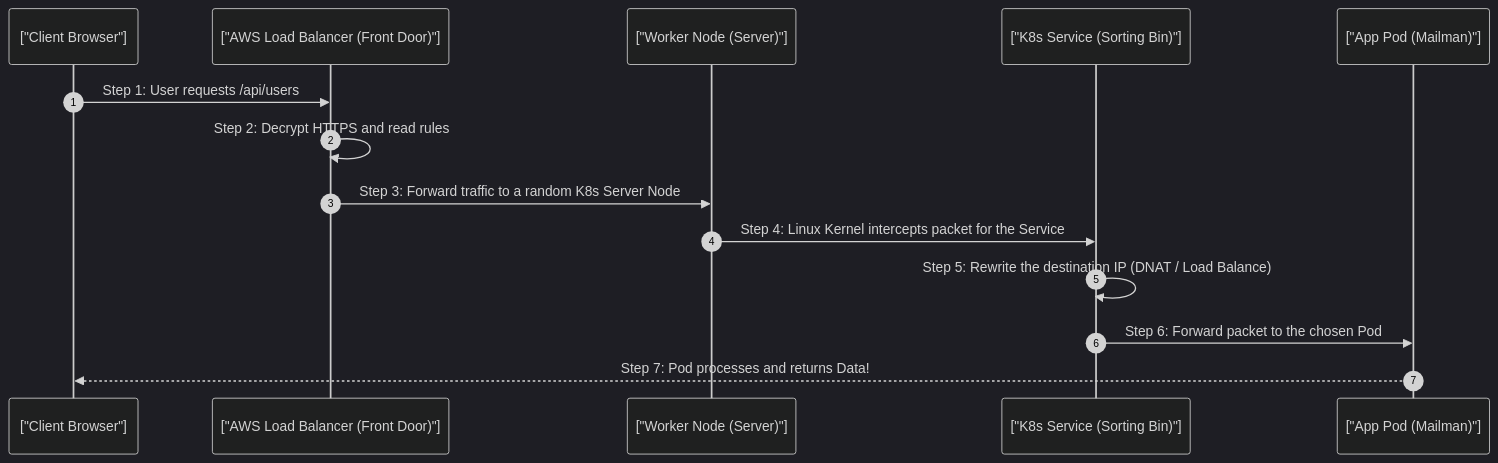
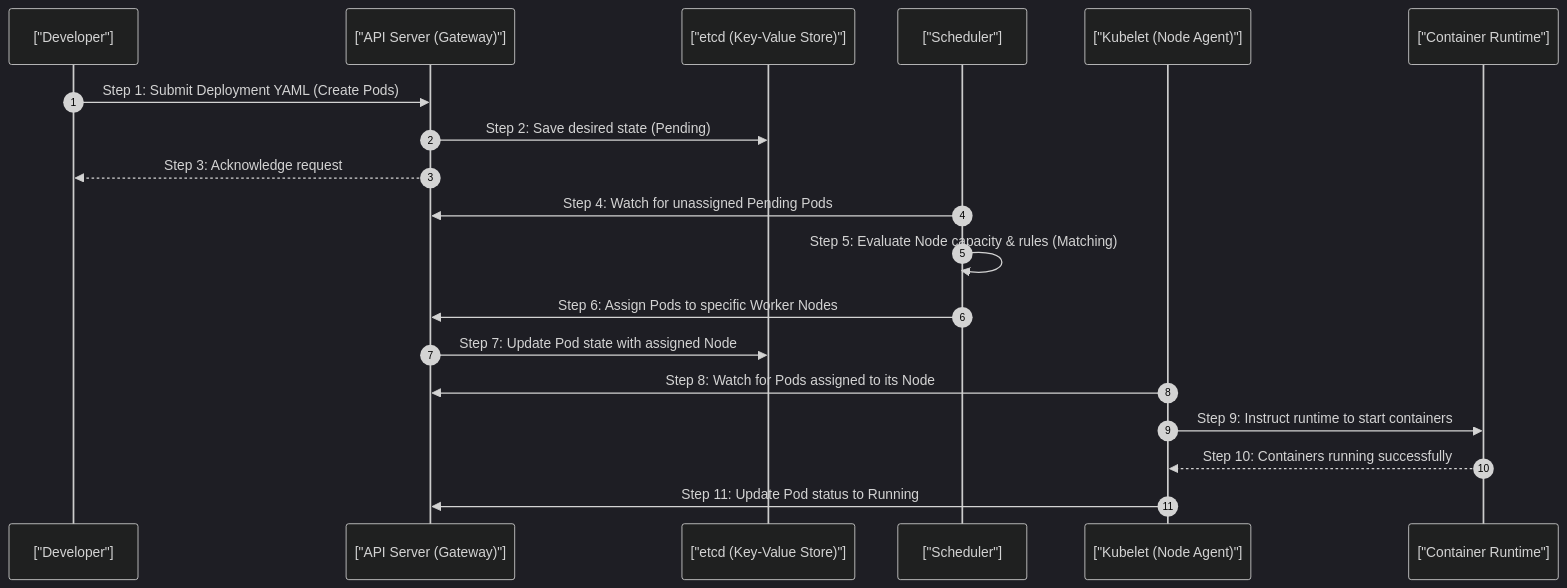
Before and after one commit to fazleyrabby/backend-engineering-mastery: the diagram in cloud-devops/03_aws_cloud_architecture_kubernetes.md, drawn with Mermaid (dark theme). The commit also changed other lines of this file and 2 other files, not shown here.

````diff
--- a/cloud-devops/03_aws_cloud_architecture_kubernetes.md
+++ b/cloud-devops/03_aws_cloud_architecture_kubernetes.md
@@ -14,17 +29,22 @@
 ```mermaid
 sequenceDiagram
     autonumber
-    participant User as ["Client Browser"]
-    participant ALB as ["AWS Load Balancer (Front Door)"]
-    participant Node as ["Worker Node (Server)"]
-    participant SVC as ["K8s Service (Sorting Bin)"]
-    participant Pod as ["App Pod (Mailman)"]
+    participant Dev as ["Developer"]
+    participant API as ["API Server (Gateway)"]
+    participant Etcd as ["etcd (Key-Value Store)"]
+    participant Sched as ["Scheduler"]
+    participant Kubelet as ["Kubelet (Node Agent)"]
+    participant Runtime as ["Container Runtime"]
 
-    User->>ALB: Step 1: User requests /api/users
-    ALB->>ALB: Step 2: Decrypt HTTPS and read rules
-    ALB->>Node: Step 3: Forward traffic to a random K8s Server Node
-    Node->>SVC: Step 4: Linux Kernel intercepts packet for the Service
-    SVC->>SVC: Step 5: Rewrite the destination IP (DNAT / Load Balance)
-    SVC->>Pod: Step 6: Forward packet to the chosen Pod
-    Pod-->>User: Step 7: Pod processes and returns Data!
+    Dev->>API: Step 1: Submit Deployment YAML (Create Pods)
+    API->>Etcd: Step 2: Save desired state (Pending)
+    API-->>Dev: Step 3: Acknowledge request
+    Sched->>API: Step 4: Watch for unassigned Pending Pods
+    Sched->>Sched: Step 5: Evaluate Node capacity & rules (Matching)
+    Sched->>API: Step 6: Assign Pods to specific Worker Nodes
+    API->>Etcd: Step 7: Update Pod state with assigned Node
+    Kubelet->>API: Step 8: Watch for Pods assigned to its Node
+    Kubelet->>Runtime: Step 9: Instruct runtime to start containers
+    Runtime-->>Kubelet: Step 10: Containers running successfully
+    Kubelet->>API: Step 11: Update Pod status to Running
 ```
````
